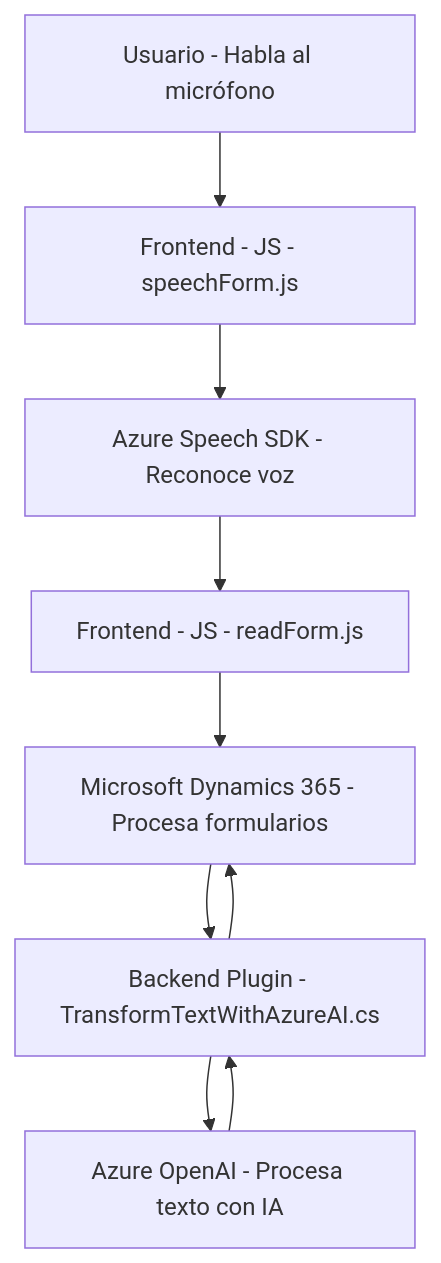
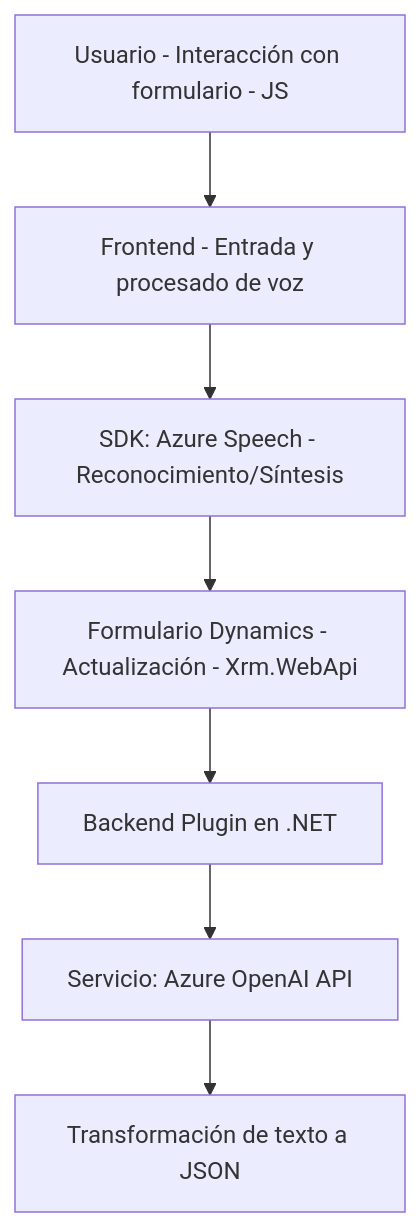
Before and after one commit to blopezdm/NETCORE_BILBAO2025: the diagram in README.md, drawn with Mermaid. The commit also changed other lines of this file, not shown here.

Commit message:
Actualizar análisis global de la solución con IA

````diff
--- a/README.md
+++ b/README.md
@@ -53,19 +48,17 @@
 ```mermaid
 graph TD
-    A["Usuario - Habla al micrófono"]
-    B["Frontend - JS - speechForm.js"]
-    C["Azure Speech SDK - Reconoce voz"]
-    D["Frontend - JS - readForm.js"]
-    E["Microsoft Dynamics 365 - Procesa formularios"]
-    F["Backend Plugin - TransformTextWithAzureAI.cs"]
-    G["Azure OpenAI - Procesa texto con IA"]
-
+    A["Usuario - Interacción con formulario - JS"]
+    B["Frontend - Entrada y procesado de voz"]
+    C["SDK: Azure Speech - Reconocimiento/Síntesis"]
+    D["Formulario Dynamics - Actualización - Xrm.WebApi"]
+    E["Backend Plugin en .NET"]
+    F["Servicio: Azure OpenAI API"]
+    G["Transformación de texto a JSON"]
+    
     A --> B
     B --> C
     C --> D
     D --> E
     E --> F
     F --> G
-    G --> F
-    F --> E
 ```
````
